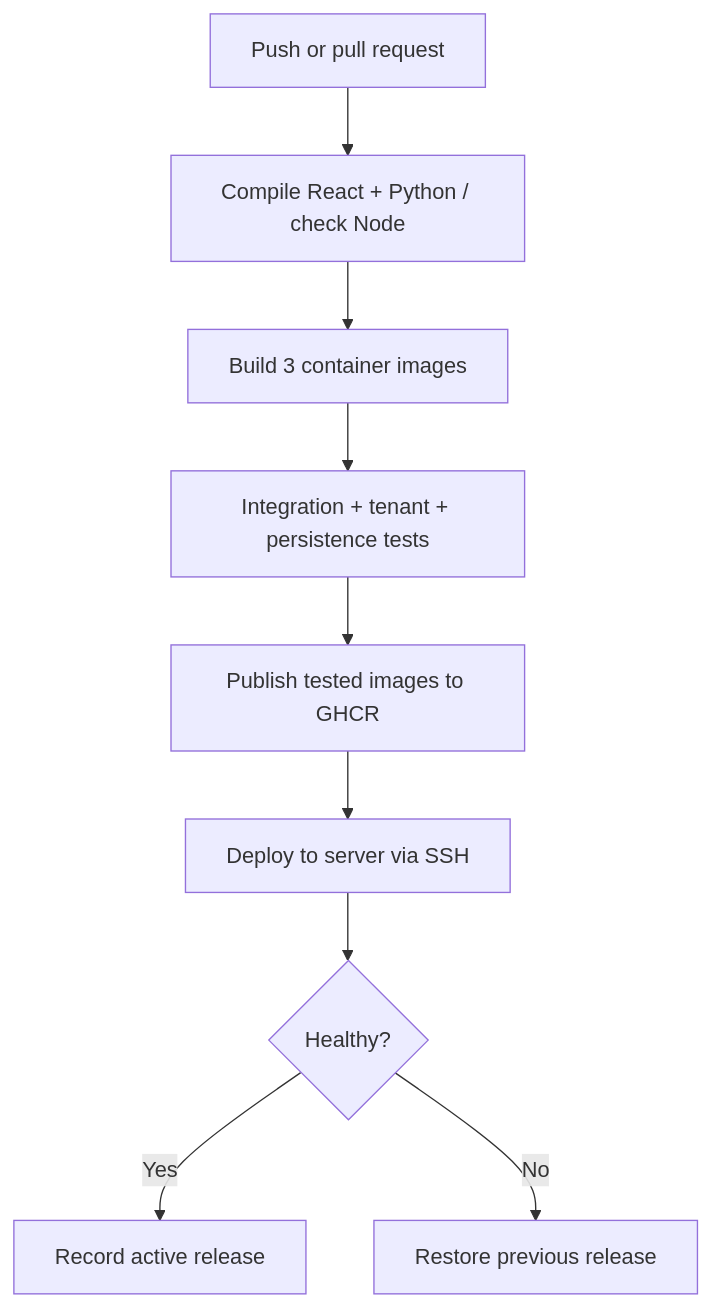
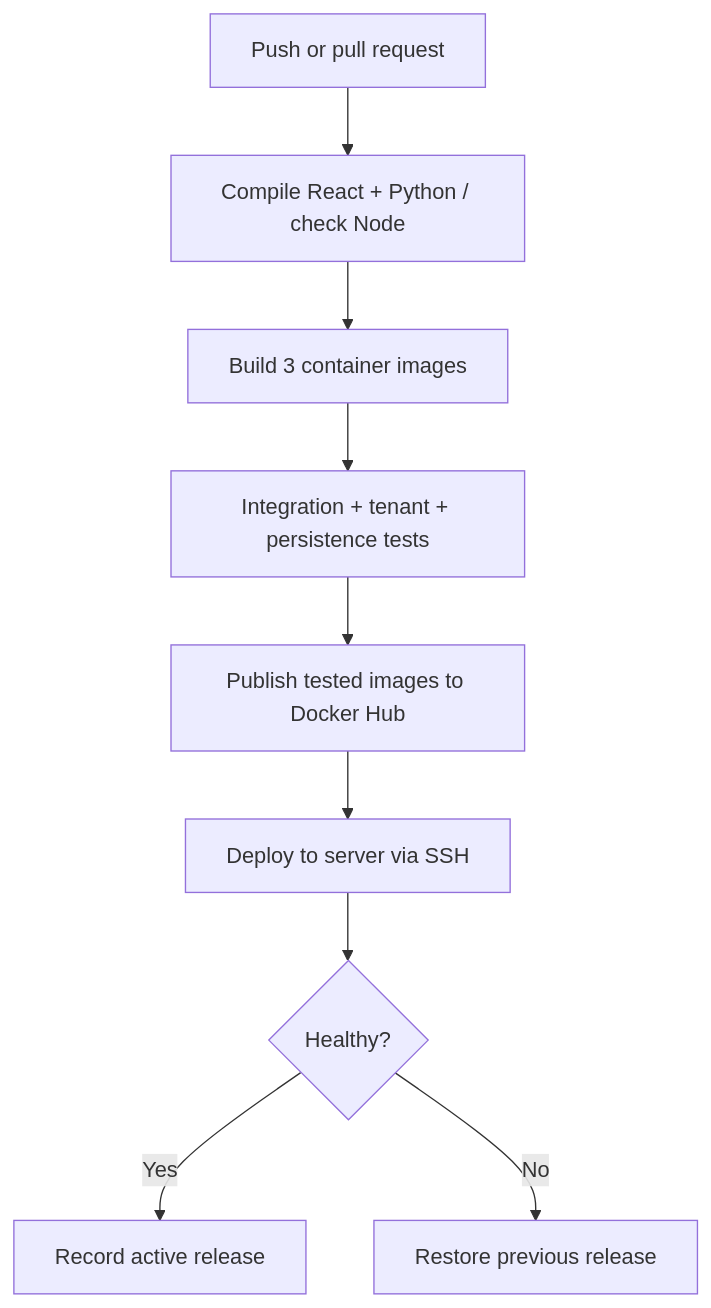
The second of 2 diagrams in README.md (vijay-1806/Biometrics-Authentication), drawn with Mermaid before and after one commit. The commit also changed other lines of this file and 4 other files, not shown here.

Commit message:
Publish BioAuth container images to Docker Hub

````diff
--- a/README.md
+++ b/README.md
@@ -187,11 +187,11 @@
 ```mermaid
 flowchart TD
     Source["Push or pull request"] --> Compile["Compile React + Python / check Node"]
     Compile --> Build["Build 3 container images"]
     Build --> Test["Integration + tenant + persistence tests"]
-    Test --> Publish["Publish tested images to GHCR"]
+    Test --> Publish["Publish tested images to Docker Hub"]
     Publish --> Deploy["Deploy to server via SSH"]
     Deploy --> Health{"Healthy?"}
     Health -->|Yes| Live["Record active release"]
     Health -->|No| Rollback["Restore previous release"]
 ```
````
